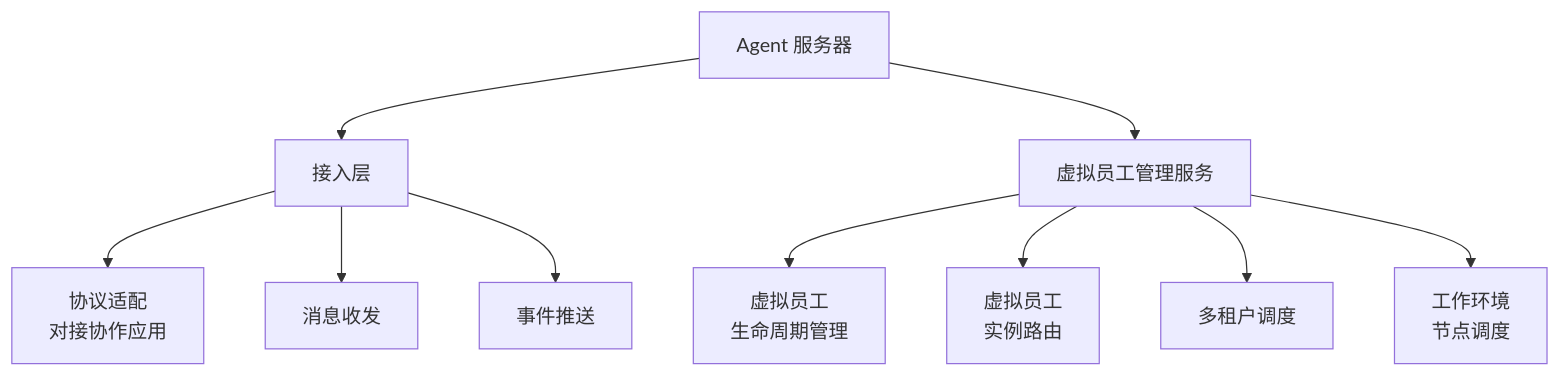
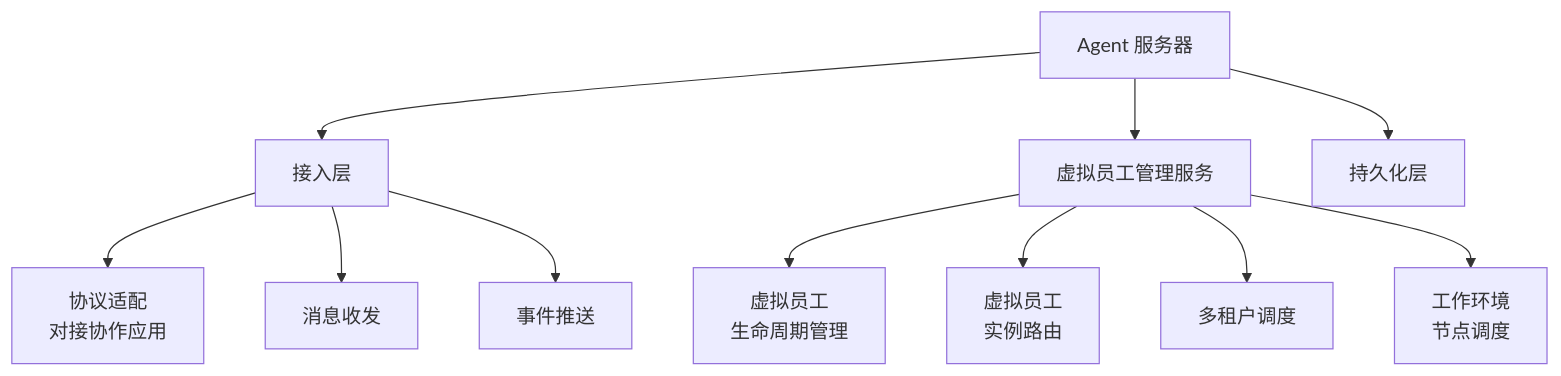
Before and after one commit to chongyi/virtual-team-architecture: the first of 4 diagrams in virtual-team/src/07-agent-server.md, drawn with Mermaid. The commit also changed other lines of this file and 5 other files, not shown here.

````diff
--- a/virtual-team/src/07-agent-server.md
+++ b/virtual-team/src/07-agent-server.md
@@ -9,15 +9,16 @@
 ```mermaid
 flowchart TD
     as["Agent 服务器"]
     as --> access["接入层"]
     as --> veMgmt["虚拟员工管理服务"]
+    as --> store["持久化层"]
 
     access --> access1["协议适配<br/>对接协作应用"]
     access --> access2["消息收发"]
     access --> access3["事件推送"]
 
     veMgmt --> mgmt1["虚拟员工<br/>生命周期管理"]
     veMgmt --> mgmt2["虚拟员工<br/>实例路由"]
     veMgmt --> mgmt3["多租户调度"]
     veMgmt --> mgmt4["工作环境<br/>节点调度"]
 ```
````
